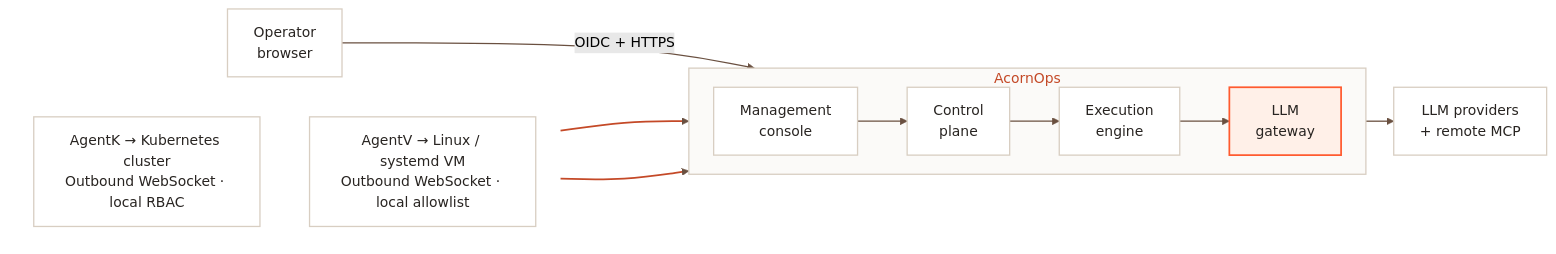
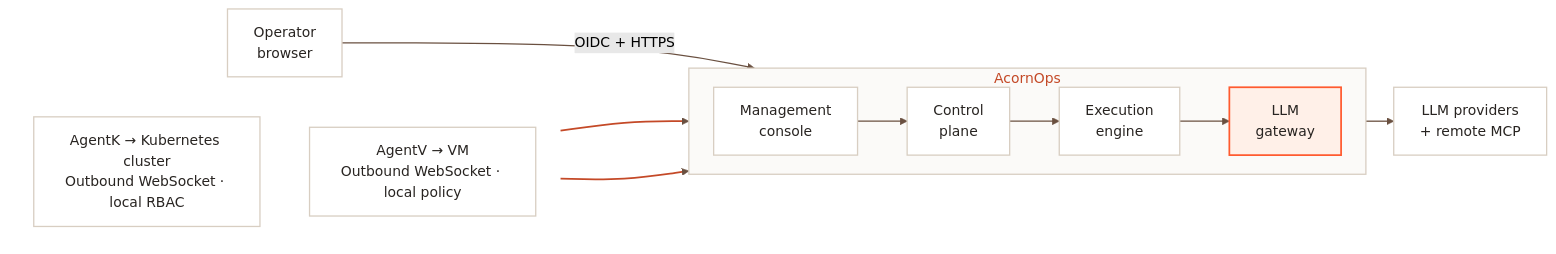
One commit to acornops/docs-website changed the diagram in overview/architecture.mdx. Above: the diagram before and after it, drawn with Mermaid (forest theme). The commit also changed other lines of this file and 14 other files, not shown here.

````diff
--- a/overview/architecture.mdx
+++ b/overview/architecture.mdx
@@ -10,46 +12,46 @@
 ```mermaid
 %%{init: {"flowchart": {"nodeSpacing": 24, "rankSpacing": 32}}}%%
 flowchart LR
   Browser["Operator<br/>browser"]
 
   subgraph AcornOps["AcornOps"]
     direction LR
     Console["Management<br/>console"]
     ControlPlane["Control<br/>plane"]
     ExecutionEngine["Execution<br/>engine"]
     LLMGateway["LLM<br/>gateway"]
 
     Console --> ControlPlane
     ControlPlane --> ExecutionEngine
     ExecutionEngine --> LLMGateway
   end
 
   External["LLM providers<br/>+ remote MCP"]
 
   subgraph TargetConnectors[" "]
     direction LR
     AgentK["AgentK → Kubernetes cluster<br/>Outbound WebSocket · local RBAC"]
-    AgentV["AgentV → Linux / systemd VM<br/>Outbound WebSocket · local allowlist"]
+    AgentV["AgentV → VM<br/>Outbound WebSocket · local policy"]
     AgentK ~~~ AgentV
   end
 
   Browser -->|OIDC + HTTPS| Console
   LLMGateway --> External
   AgentK --> ControlPlane
   AgentV --> ControlPlane
 
   classDef service fill:#FFFFFF,stroke:#D8CEC2,color:#282421,stroke-width:1.5px;
   classDef gateway fill:#FFF0E8,stroke:#FF5A2F,color:#282421,stroke-width:2px;
   classDef target fill:#FFFFFF,stroke:#D8CEC2,color:#282421,stroke-width:1.5px;
 
   class Browser,Console,ControlPlane,ExecutionEngine,External service;
   class LLMGateway gateway;
   class AgentK,AgentV target;
 
   style AcornOps fill:#FBFAF8,stroke:#D8CEC2,stroke-width:1.5px,color:#C44927
   style TargetConnectors fill:transparent,stroke:transparent,color:transparent
 
   linkStyle default stroke:#6A5040,stroke-width:1.5px;
   linkStyle 3 stroke:transparent;
   linkStyle 6,7 stroke:#C44927,stroke-width:2px;
 ```
````
